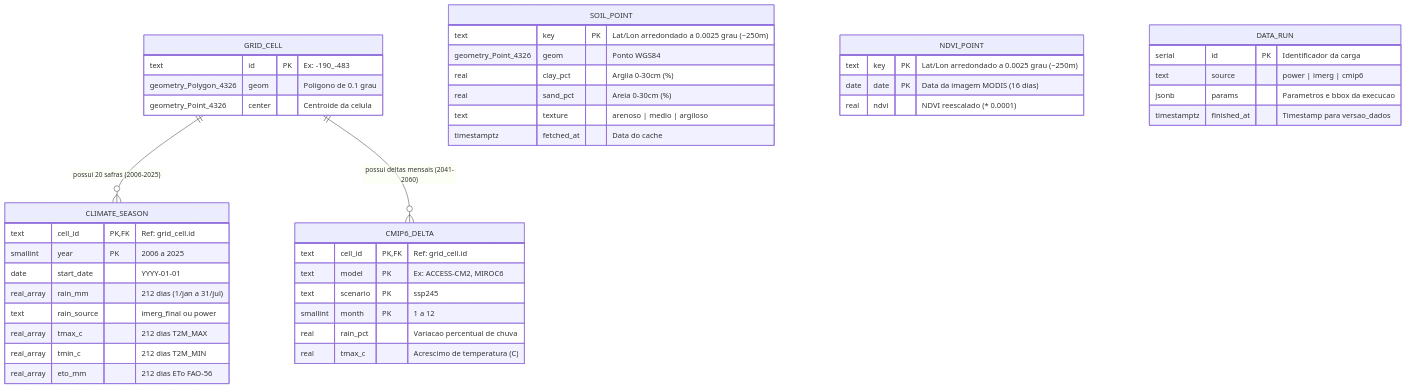
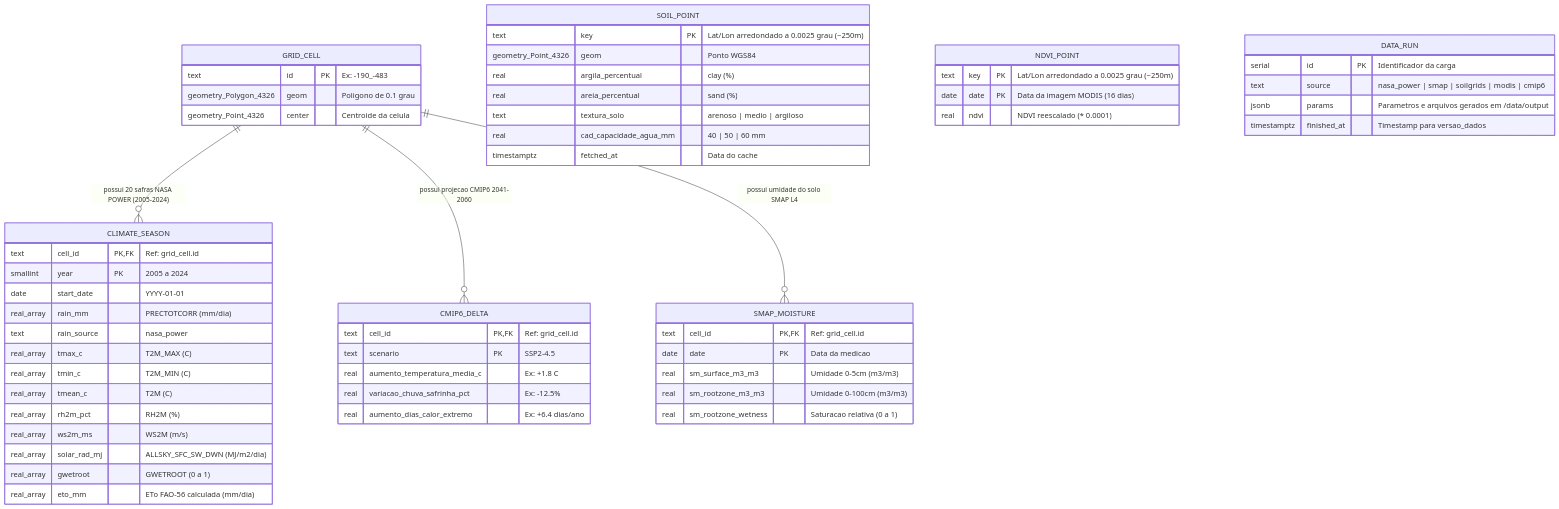
Before and after one commit to Ricardo07g/nasa-challenge: the sixth of 6 diagrams in projeto/backend/docs/diagrama-de-classes.md, drawn with Mermaid. The commit also changed other lines of this file and 2 other files, not shown here.

````diff
--- a/projeto/backend/docs/diagrama-de-classes.md
+++ b/projeto/backend/docs/diagrama-de-classes.md
@@ -501,53 +512,67 @@
 ```mermaid
 erDiagram
-    GRID_CELL ||--o{ CLIMATE_SEASON : "possui 20 safras (2006-2025)"
-    GRID_CELL ||--o{ CMIP6_DELTA : "possui deltas mensais (2041-2060)"
+    GRID_CELL ||--o{ CLIMATE_SEASON : "possui 20 safras NASA POWER (2005-2024)"
+    GRID_CELL ||--o{ CMIP6_DELTA : "possui projecao CMIP6 2041-2060"
+    GRID_CELL ||--o{ SMAP_MOISTURE : "possui umidade do solo SMAP L4"
 
     GRID_CELL {
         text id PK "Ex: -190_-483"
         geometry_Polygon_4326 geom "Poligono de 0.1 grau"
         geometry_Point_4326 center "Centroide da celula"
     }
 
     CLIMATE_SEASON {
         text cell_id PK, FK "Ref: grid_cell.id"
-        smallint year PK "2006 a 2025"
+        smallint year PK "2005 a 2024"
         date start_date "YYYY-01-01"
-        real_array rain_mm "212 dias (1/jan a 31/jul)"
-        text rain_source "imerg_final ou power"
-        real_array tmax_c "212 dias T2M_MAX"
-        real_array tmin_c "212 dias T2M_MIN"
-        real_array eto_mm "212 dias ETo FAO-56"
+        real_array rain_mm "PRECTOTCORR (mm/dia)"
+        text rain_source "nasa_power"
+        real_array tmax_c "T2M_MAX (C)"
+        real_array tmin_c "T2M_MIN (C)"
+        real_array tmean_c "T2M (C)"
+        real_array rh2m_pct "RH2M (%)"
+        real_array ws2m_ms "WS2M (m/s)"
+        real_array solar_rad_mj "ALLSKY_SFC_SW_DWN (MJ/m2/dia)"
+        real_array gwetroot "GWETROOT (0 a 1)"
+        real_array eto_mm "ETo FAO-56 calculada (mm/dia)"
+    }
+
+    SMAP_MOISTURE {
+        text cell_id PK, FK "Ref: grid_cell.id"
+        date date PK "Data da medicao"
+        real sm_surface_m3_m3 "Umidade 0-5cm (m3/m3)"
+        real sm_rootzone_m3_m3 "Umidade 0-100cm (m3/m3)"
+        real sm_rootzone_wetness "Saturacao relativa (0 a 1)"
     }
 
     CMIP6_DELTA {
         text cell_id PK, FK "Ref: grid_cell.id"
-        text model PK "Ex: ACCESS-CM2, MIROC6"
-        text scenario PK "ssp245"
-        smallint month PK "1 a 12"
-        real rain_pct "Variacao percentual de chuva"
-        real tmax_c "Acrescimo de temperatura (C)"
+        text scenario PK "SSP2-4.5"
+        real aumento_temperatura_media_c "Ex: +1.8 C"
+        real variacao_chuva_safrinha_pct "Ex: -12.5%"
+        real aumento_dias_calor_extremo "Ex: +6.4 dias/ano"
     }
 
     SOIL_POINT {
         text key PK "Lat/Lon arredondado a 0.0025 grau (~250m)"
         geometry_Point_4326 geom "Ponto WGS84"
-        real clay_pct "Argila 0-30cm (%)"
-        real sand_pct "Areia 0-30cm (%)"
-        text texture "arenoso | medio | argiloso"
+        real argila_percentual "clay (%)"
+        real areia_percentual "sand (%)"
+        text textura_solo "arenoso | medio | argiloso"
+        real cad_capacidade_agua_mm "40 | 50 | 60 mm"
         timestamptz fetched_at "Data do cache"
     }
 
     NDVI_POINT {
         text key PK "Lat/Lon arredondado a 0.0025 grau (~250m)"
         date date PK "Data da imagem MODIS (16 dias)"
         real ndvi "NDVI reescalado (* 0.0001)"
     }
 
     DATA_RUN {
         serial id PK "Identificador da carga"
-        text source "power | imerg | cmip6"
-        jsonb params "Parametros e bbox da execucao"
+        text source "nasa_power | smap | soilgrids | modis | cmip6"
+        jsonb params "Parametros e arquivos gerados em /data/output"
         timestamptz finished_at "Timestamp para versao_dados"
     }
 ```
````
